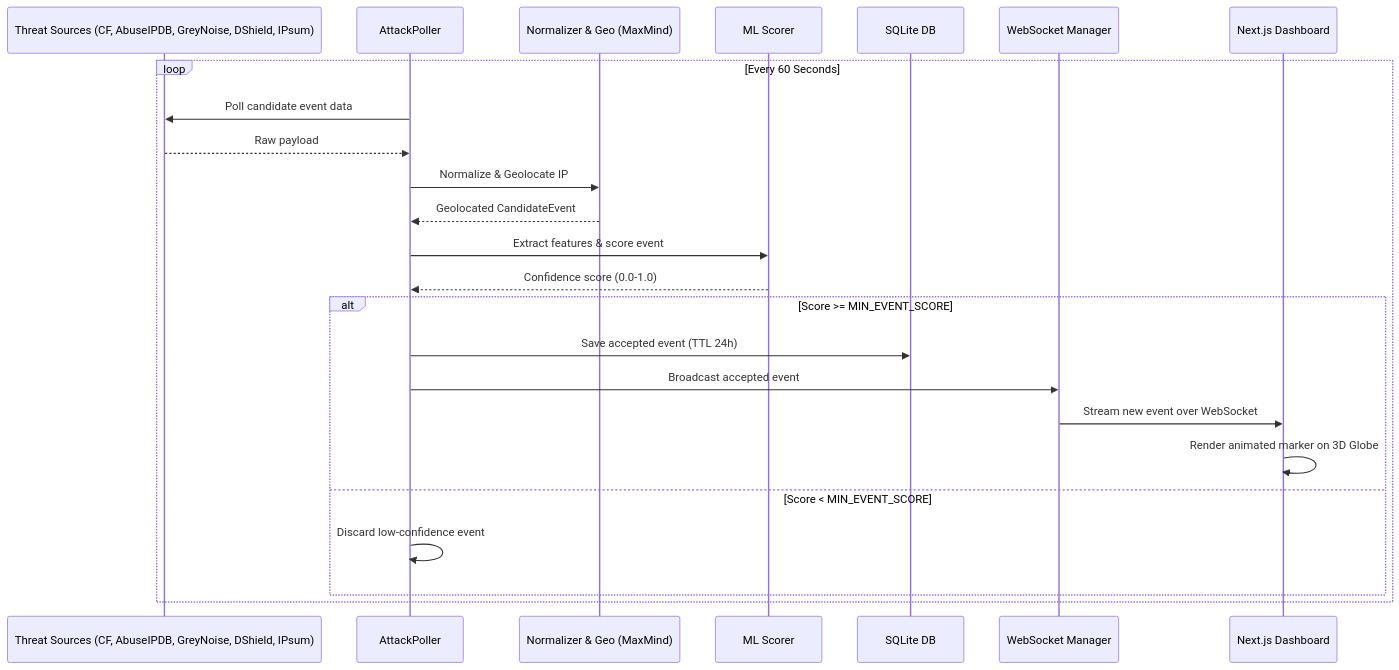
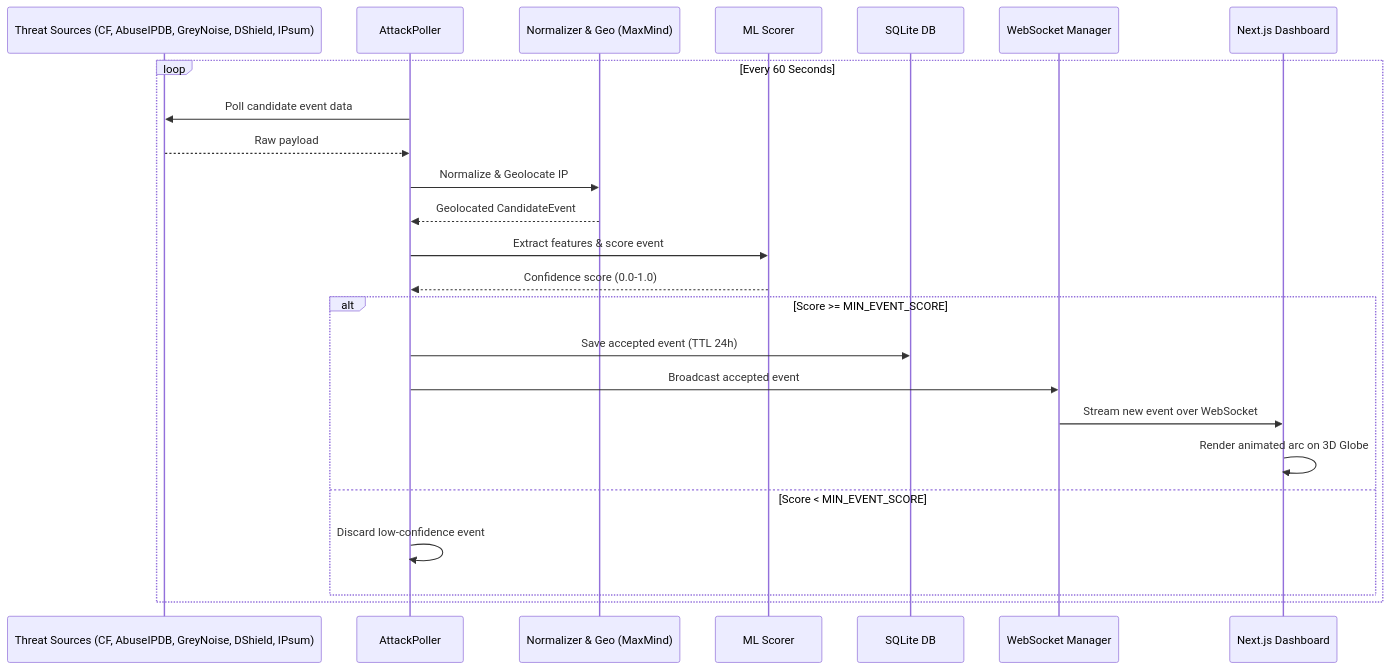
The second of 3 diagrams in README.md (swap-mitra/live-ddos-map), drawn with Mermaid before and after one commit. The commit also changed other lines of this file, not shown here.

Commit message:
docs: describe the globe as arcs on react-globe.gl, credit the textures

````diff
--- a/README.md
+++ b/README.md
@@ -51,27 +51,27 @@
 ```mermaid
 sequenceDiagram
   participant Sources as Threat Sources (CF, AbuseIPDB, GreyNoise, DShield, IPsum)
   participant Poller as AttackPoller
   participant Enricher as Normalizer & Geo (MaxMind)
   participant ML as ML Scorer
   participant DB as SQLite DB
   participant WS as WebSocket Manager
   participant UI as Next.js Dashboard
 
   loop Every 60 Seconds
     Poller->>Sources: Poll candidate event data
     Sources-->>Poller: Raw payload
     Poller->>Enricher: Normalize & Geolocate IP
     Enricher-->>Poller: Geolocated CandidateEvent
     Poller->>ML: Extract features & score event
     ML-->>Poller: Confidence score (0.0-1.0)
     alt Score >= MIN_EVENT_SCORE
       Poller->>DB: Save accepted event (TTL 24h)
       Poller->>WS: Broadcast accepted event
       WS->>UI: Stream new event over WebSocket
-      UI->>UI: Render animated marker on 3D Globe
+      UI->>UI: Render animated arc on 3D Globe
     else Score < MIN_EVENT_SCORE
       Poller->>Poller: Discard low-confidence event
     end
   end
 ```
````
